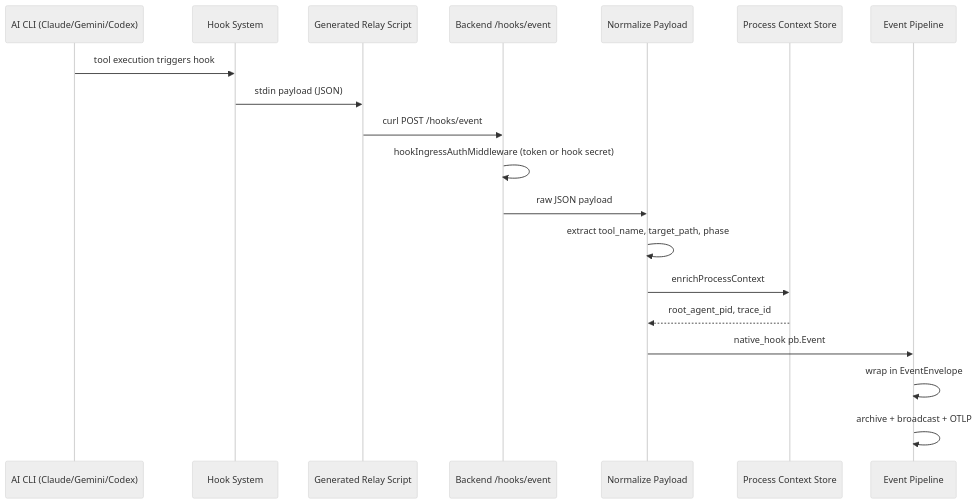
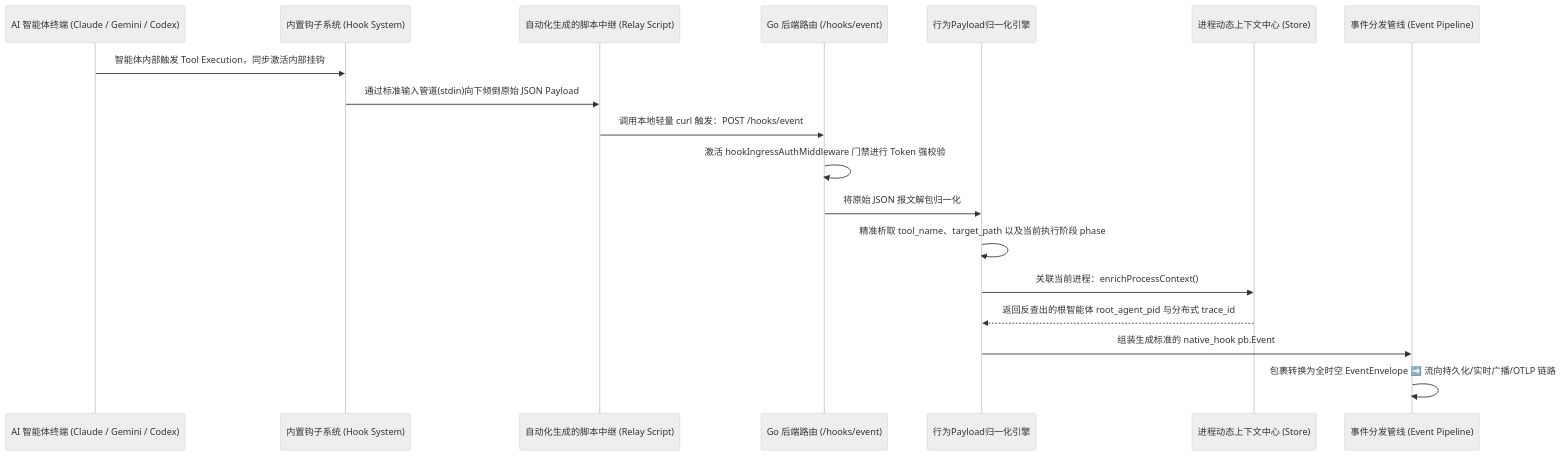
The third of 6 diagrams in docs/architecture/data-flow.md (stevessr/agent-ebpf-filter), drawn with Mermaid (neutral theme) before and after one commit. The commit also changed other lines of this file and 3 other files, not shown here.

````diff
--- a/docs/architecture/data-flow.md
+++ b/docs/architecture/data-flow.md
@@ -119,22 +121,22 @@
 ```mermaid
 sequenceDiagram
-    participant CLI as AI CLI (Claude/Gemini/Codex)
-    participant Hook as Hook System
-    participant Relay as Generated Relay Script
-    participant Backend as Backend /hooks/event
-    participant Normalize as Normalize Payload
-    participant Context as Process Context Store
-    participant Event as Event Pipeline
-    
-    CLI->>Hook: tool execution triggers hook
-    Hook->>Relay: stdin payload (JSON)
-    Relay->>Backend: curl POST /hooks/event
-    Backend->>Backend: hookIngressAuthMiddleware (token or hook secret)
-    Backend->>Normalize: raw JSON payload
-    Normalize->>Normalize: extract tool_name, target_path, phase
-    Normalize->>Context: enrichProcessContext
-    Context-->>Normalize: root_agent_pid, trace_id
-    Normalize->>Event: native_hook pb.Event
-    Event->>Event: wrap in EventEnvelope
-    Event->>Event: archive + broadcast + OTLP
+    participant CLI as AI 智能体终端 (Claude / Gemini / Codex)
+    participant Hook as 内置钩子系统 (Hook System)
+    participant Relay as 自动化生成的脚本中继 (Relay Script)
+    participant Backend as Go 后端路由 (/hooks/event)
+    participant Normalize as 行为Payload归一化引擎
+    participant Context as 进程动态上下文中心 (Store)
+    participant Event as 事件分发管线 (Event Pipeline)
+
+    CLI->>Hook: 智能体内部触发 Tool Execution，同步激活内部挂钩
+    Hook->>Relay: 通过标准输入管道(stdin)向下倾倒原始 JSON Payload
+    Relay->>Backend: 调用本地轻量 curl 触发：POST /hooks/event
+    Backend->>Backend: 激活 hookIngressAuthMiddleware 门禁进行 Token 强校验
+    Backend->>Normalize: 将原始 JSON 报文解包归一化
+    Normalize->>Normalize: 精准析取 tool_name、target_path 以及当前执行阶段 phase
+    Normalize->>Context: 关联当前进程：enrichProcessContext()
+    Context-->>Normalize: 返回反查出的根智能体 root_agent_pid 与分布式 trace_id
+    Normalize->>Event: 组装生成标准的 native_hook pb.Event
+    Event->>Event: 包裹转换为全时空 EventEnvelope ➡️ 流向持久化/实时广播/OTLP 链路
+
 ```
````
